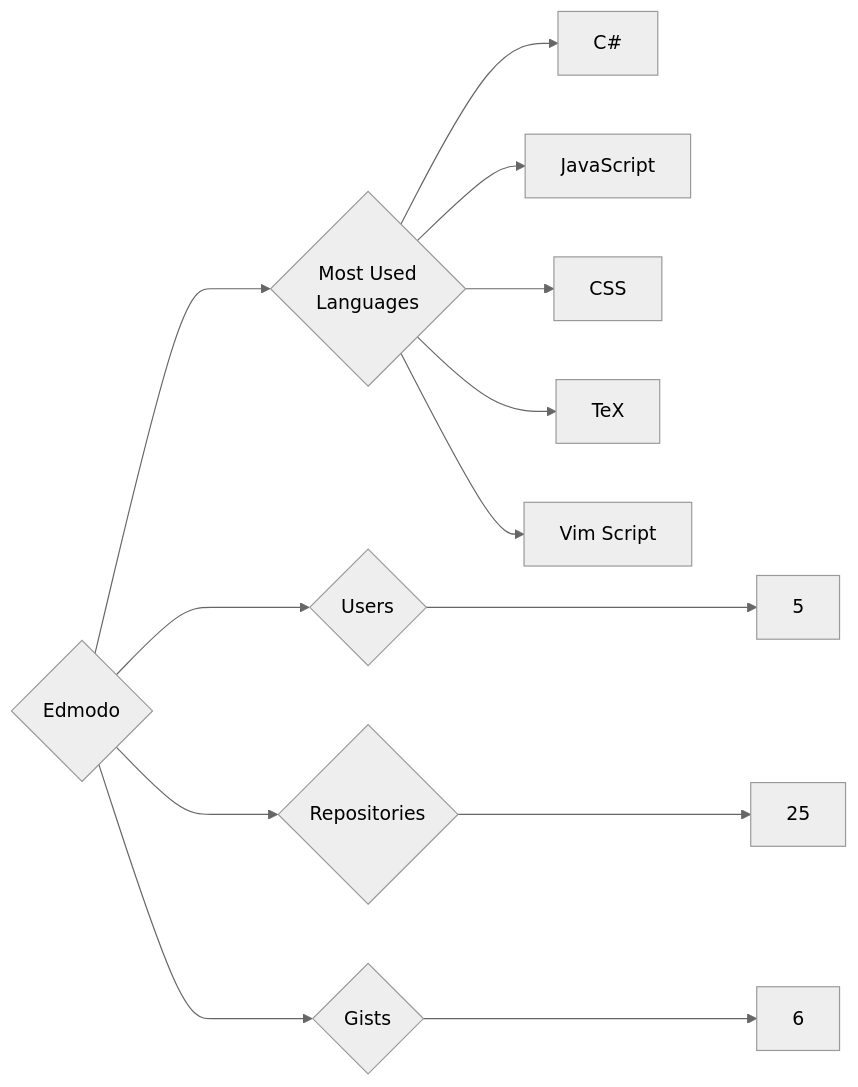
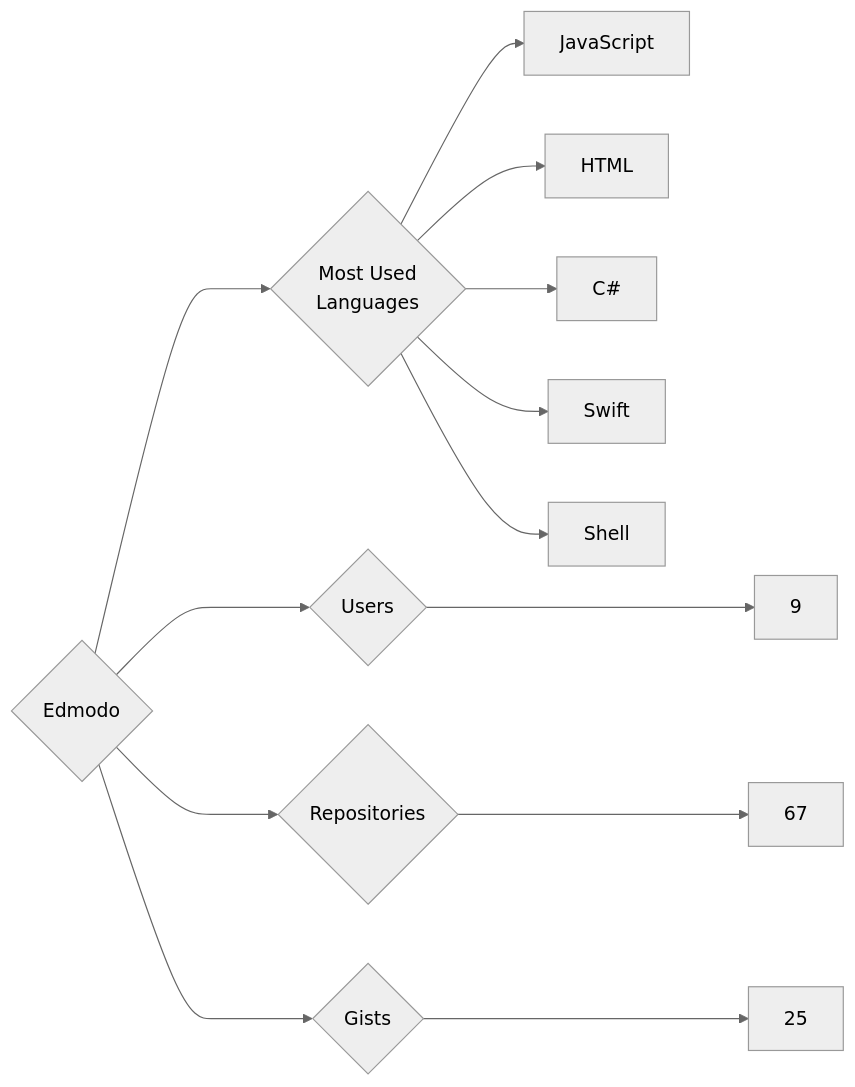
Before and after one commit to trickest/insiders: the diagram in targets/Edmodo/README.md, drawn with Mermaid (neutral theme). The commit also changed 1167 other files, not shown here.

````diff
--- a/targets/Edmodo/README.md
+++ b/targets/Edmodo/README.md
@@ -3,13 +3,13 @@
 ```mermaid
 graph LR
 COMPANY_NAME{Edmodo}
-COMPANY_NAME ---> U{Users} ---> UN[5]
-COMPANY_NAME ---> R{Repositories} ---> RN[25]
-COMPANY_NAME ---> G{Gists} ---> GN[6]
+COMPANY_NAME ---> U{Users} ---> UN[9]
+COMPANY_NAME ---> R{Repositories} ---> RN[67]
+COMPANY_NAME ---> G{Gists} ---> GN[25]
 COMPANY_NAME ---> ML{Most Used<br>Languages}
+ML --> JavaScript[JavaScript]
+ML --> HTML[HTML]
 ML --> C#[C#]
-ML --> JavaScript[JavaScript]
-ML --> CSS[CSS]
-ML --> TeX[TeX]
-ML --> Vim_Script[Vim Script]
+ML --> Swift[Swift]
+ML --> Shell[Shell]
 ```
````
